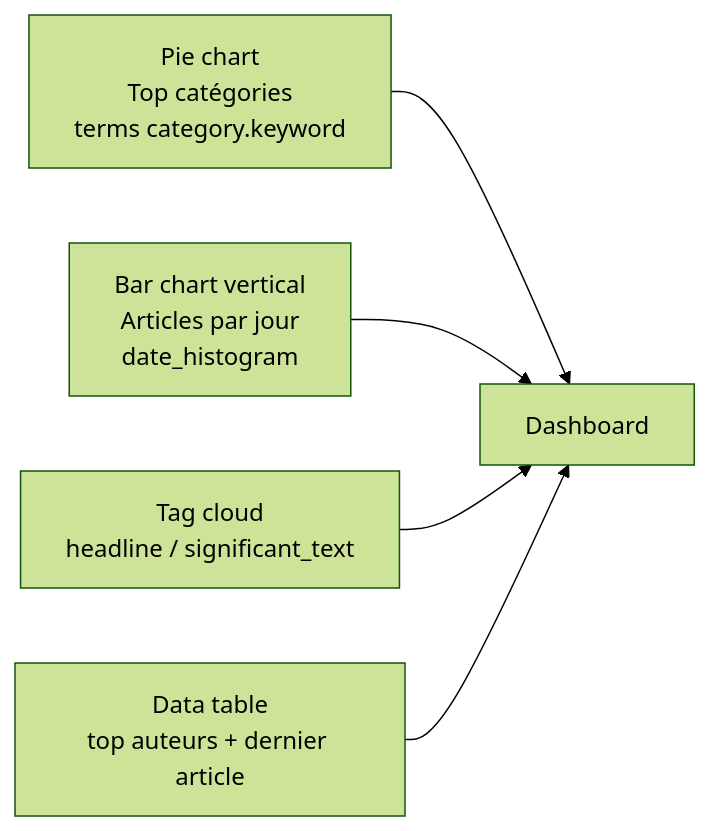
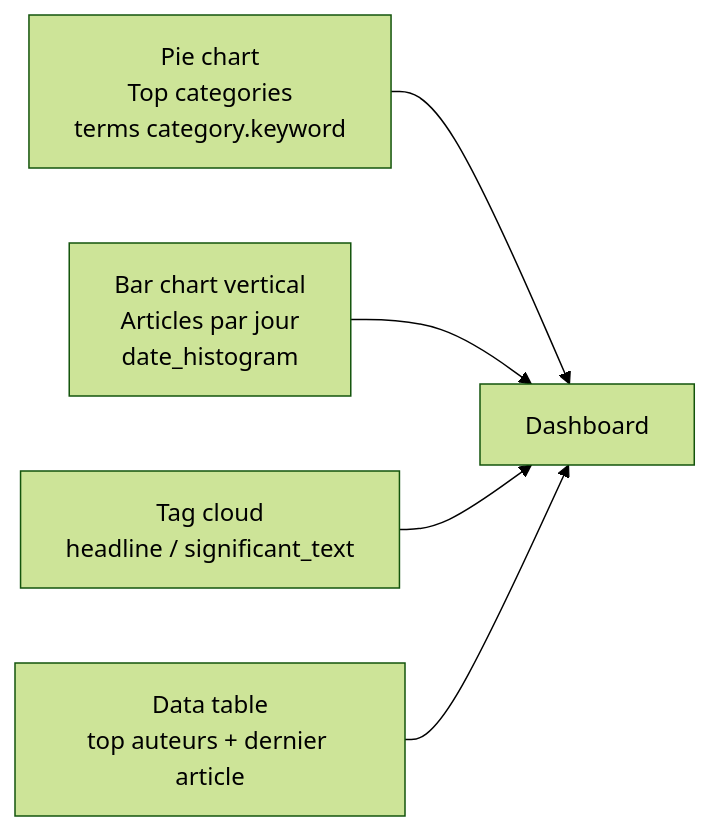
The diagram in docs2-cours1/assets-cours2/solutions/labo-2-solutions-rapport-dsl-news.md (haythem-rehouma/Elastic-Search-0), drawn with Mermaid (forest theme) before and after one commit. The commit also changed other lines of this file and 49 other files, not shown here.

````diff
--- a/docs2-cours1/assets-cours2/solutions/labo-2-solutions-rapport-dsl-news.md
+++ b/docs2-cours1/assets-cours2/solutions/labo-2-solutions-rapport-dsl-news.md
@@ -440,7 +440,7 @@
 ```mermaid
 flowchart LR
-    A[Pie chart<br/>Top catégories<br/>terms category.keyword] --> D[Dashboard]
-    B[Bar chart vertical<br/>Articles par jour<br/>date_histogram] --> D
-    C[Tag cloud<br/>headline / significant_text] --> D
-    E[Data table<br/>top auteurs + dernier article] --> D
+    A["Pie chart<br/>Top categories<br/>terms category.keyword"] --> D["Dashboard"]
+    B["Bar chart vertical<br/>Articles par jour<br/>date_histogram"] --> D
+    C["Tag cloud<br/>headline / significant_text"] --> D
+    E["Data table<br/>top auteurs + dernier article"] --> D
 ```
````
